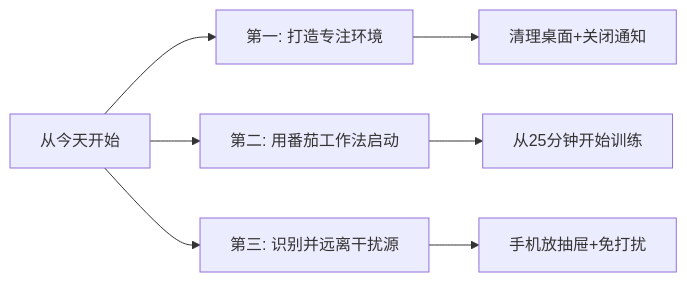
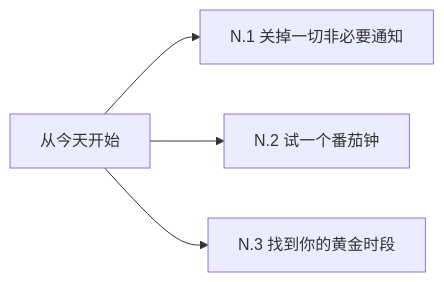
The seventh of 7 diagrams in 10.打工充平常记录/10.自我精进七课/07.底层思维的训练/7.1专注能力的提升.md (chongyang211/YCBookBlog), drawn with Mermaid before and after one commit. The commit also changed other lines of this file and 55 other files, not shown here.

````diff
--- a/10.打工充平常记录/10.自我精进七课/07.底层思维的训练/7.1专注能力的提升.md
+++ b/10.打工充平常记录/10.自我精进七课/07.底层思维的训练/7.1专注能力的提升.md
@@ -372,9 +244,6 @@
 ```mermaid
 graph LR
-    A[从今天开始] --> B[第一: 打造专注环境]
-    A --> C[第二: 用番茄工作法启动]
-    A --> D[第三: 识别并远离干扰源]
-    B --> B1[清理桌面+关闭通知]
-    C --> C1[从25分钟开始训练]
-    D --> D1[手机放抽屉+免打扰]
+    A[从今天开始] --> B[N.1 关掉一切非必要通知]
+    A --> C[N.2 试一个番茄钟]
+    A --> D[N.3 找到你的黄金时段]
 ```
````
